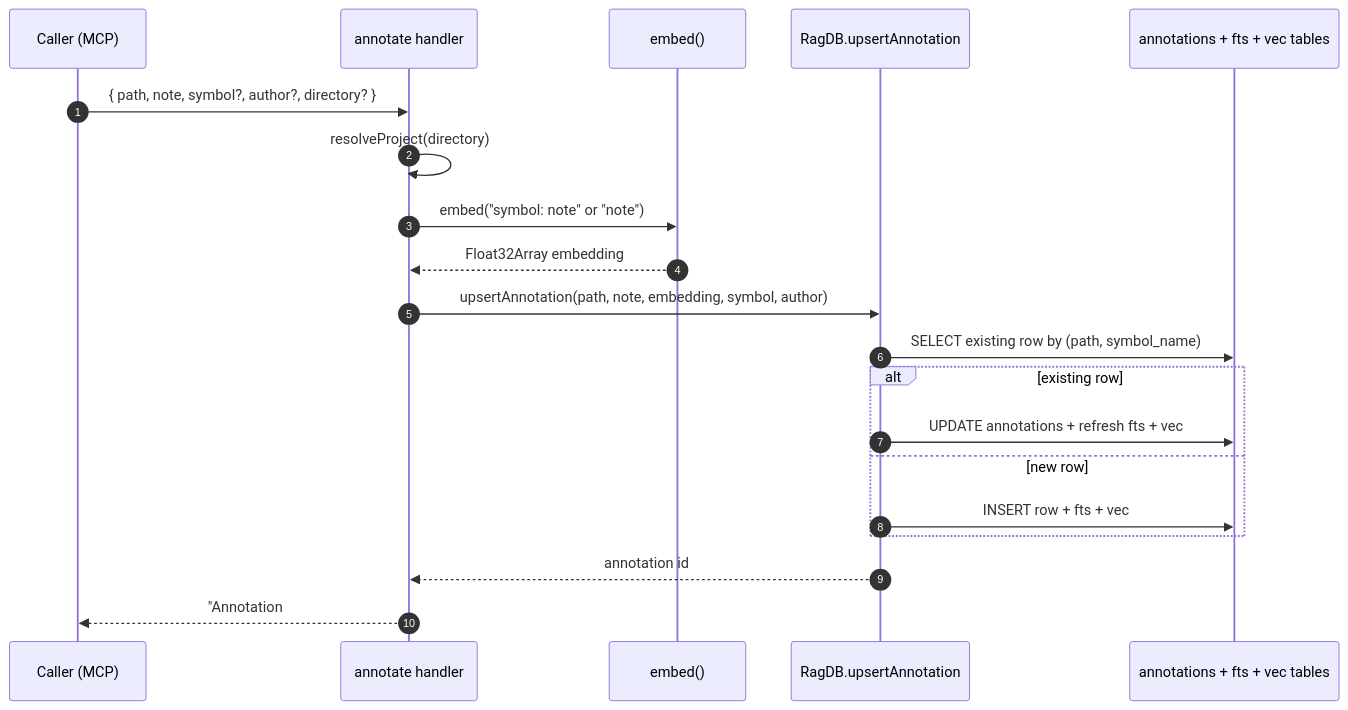
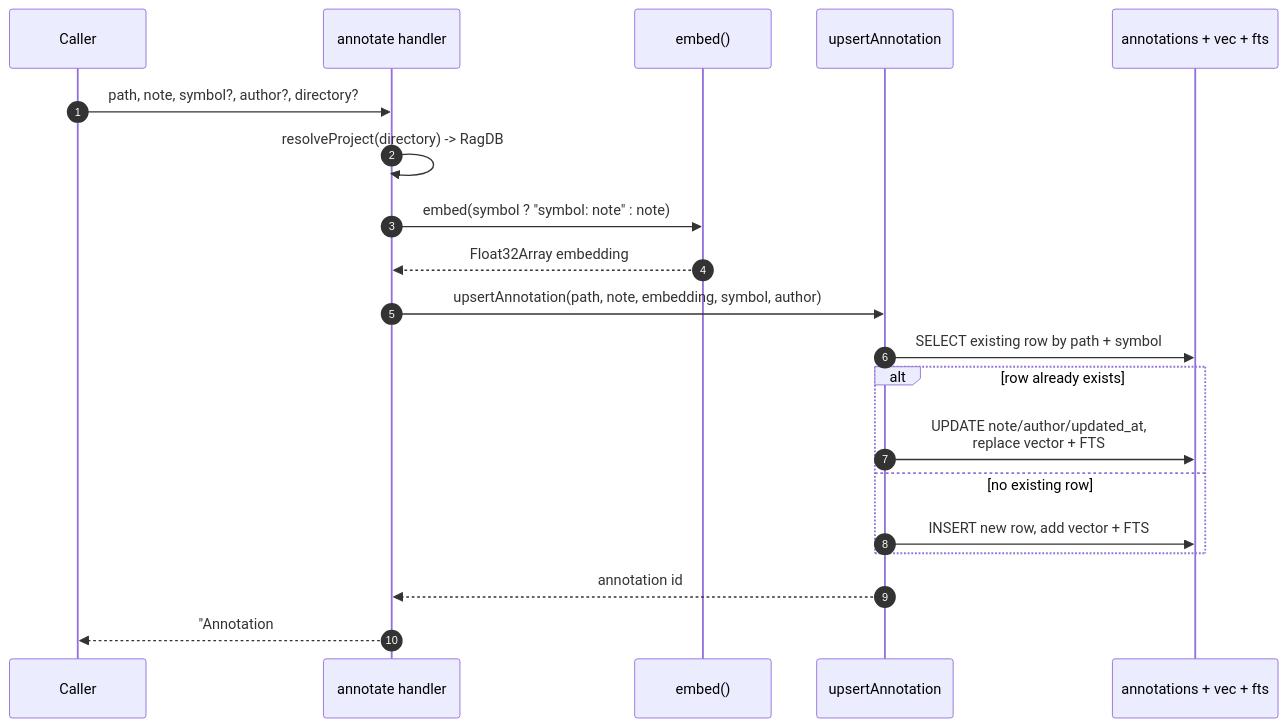
The diagram in wiki/tools/annotate.md (TheWinci/mimirs), drawn with Mermaid before and after one commit. The commit also changed other lines of this file and 52 other files, not shown here.

````diff
--- a/wiki/tools/annotate.md
+++ b/wiki/tools/annotate.md
@@ -9,23 +11,23 @@
 ```mermaid
 sequenceDiagram
   autonumber
-  participant Caller as Caller (MCP)
-  participant Handler as annotate handler
+  participant Caller
+  participant Tool as annotate handler
   participant Embed as embed()
-  participant DB as RagDB.upsertAnnotation
-  participant SQLite as annotations + fts + vec tables
+  participant DB as upsertAnnotation
+  participant SQLite as annotations + vec + fts
 
-  Caller->>Handler: { path, note, symbol?, author?, directory? }
-  Handler->>Handler: resolveProject(directory)
-  Handler->>Embed: embed("symbol: note" or "note")
-  Embed-->>Handler: Float32Array embedding
-  Handler->>DB: upsertAnnotation(path, note, embedding, symbol, author)
-  DB->>SQLite: SELECT existing row by (path, symbol_name)
-  alt existing row
-    DB->>SQLite: UPDATE annotations + refresh fts + vec
-  else new row
-    DB->>SQLite: INSERT row + fts + vec
+  Caller->>Tool: path, note, symbol?, author?, directory?
+  Tool->>Tool: resolveProject(directory) -> RagDB
+  Tool->>Embed: embed(symbol ? "symbol: note" : note)
+  Embed-->>Tool: Float32Array embedding
+  Tool->>DB: upsertAnnotation(path, note, embedding, symbol, author)
+  DB->>SQLite: SELECT existing row by path + symbol
+  alt row already exists
+    DB->>SQLite: UPDATE note/author/updated_at,<br>replace vector + FTS
+  else no existing row
+    DB->>SQLite: INSERT new row, add vector + FTS
   end
-  DB-->>Handler: annotation id
-  Handler-->>Caller: "Annotation #<id> saved for <target>"
+  DB-->>Tool: annotation id
+  Tool-->>Caller: "Annotation #id saved for <target>"
 ```
````
